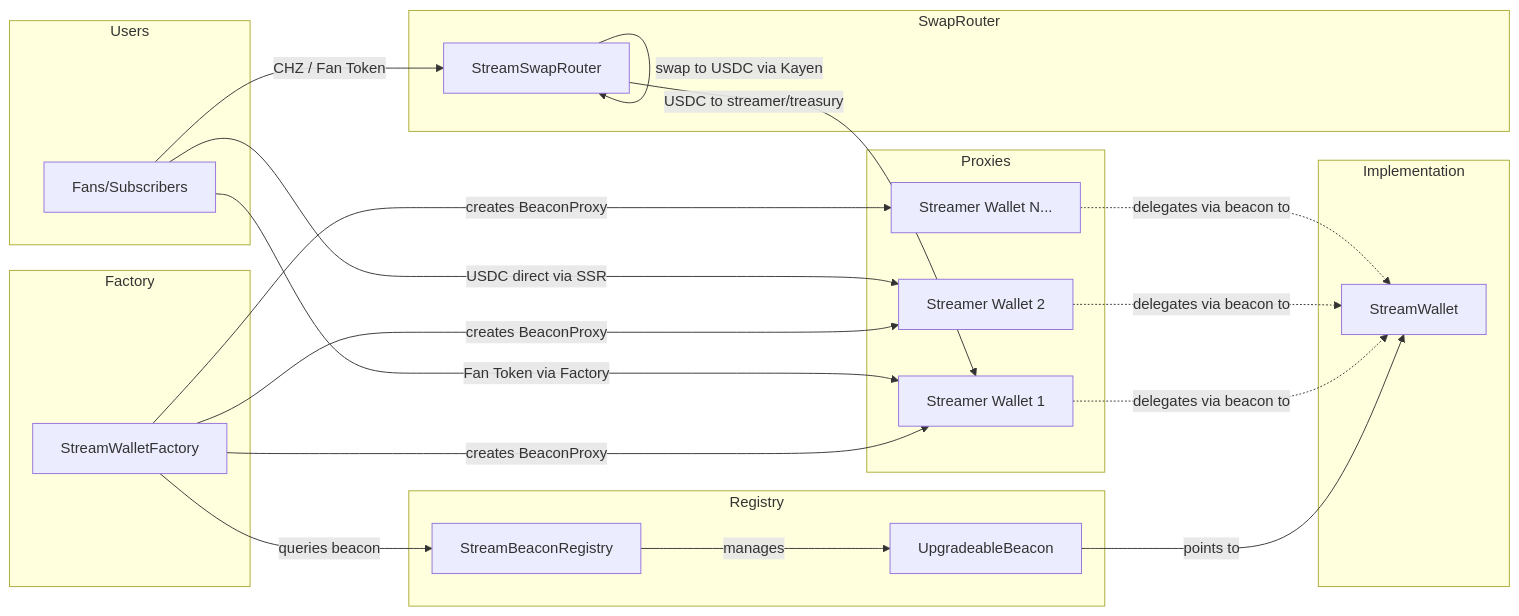
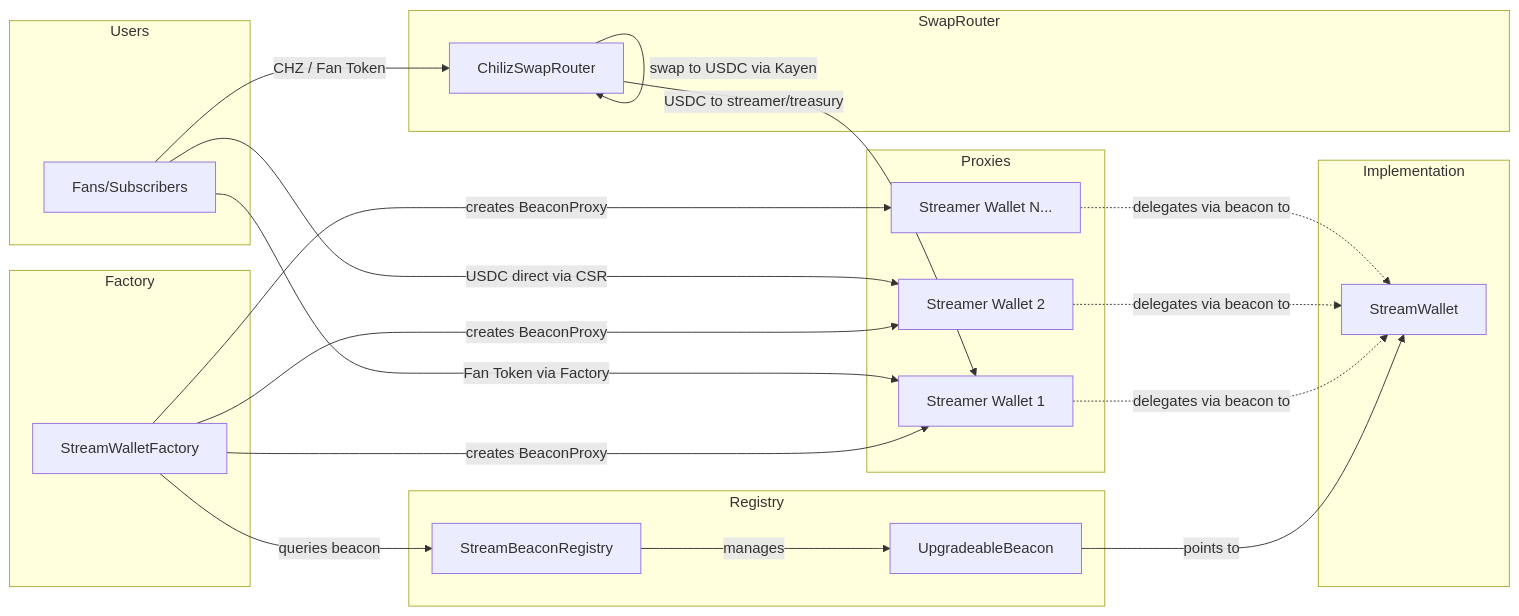
Before and after one commit to ChilizTV/smart-contracts: the second of 2 diagrams in chiliz-tv/README.md, drawn with Mermaid. The commit also changed other lines of this file and 13 other files, not shown here.

````diff
--- a/chiliz-tv/README.md
+++ b/chiliz-tv/README.md
@@ -105,47 +111,47 @@
 ```mermaid
 flowchart LR
     subgraph Registry
         SBR[StreamBeaconRegistry]
         BEACON[UpgradeableBeacon]
     end
     
     subgraph Factory
         SWF[StreamWalletFactory]
     end
     
     subgraph SwapRouter
-        SSR[StreamSwapRouter]
+        CSR[ChilizSwapRouter]
     end
     
     subgraph Implementation
         SW[StreamWallet]
     end
     
     subgraph Proxies
         W1[Streamer Wallet 1]
         W2[Streamer Wallet 2]
         W3[Streamer Wallet N...]
     end
     
     subgraph Users
         FANS[Fans/Subscribers]
     end
     
     SBR -->|manages| BEACON
     BEACON -->|points to| SW
     
     SWF -->|queries beacon| SBR
     SWF -->|creates BeaconProxy| W1
     SWF -->|creates BeaconProxy| W2
     SWF -->|creates BeaconProxy| W3
     
     W1 -.->|delegates via beacon to| SW
     W2 -.->|delegates via beacon to| SW
     W3 -.->|delegates via beacon to| SW
     
-    FANS -->|CHZ / Fan Token| SSR
-    SSR -->|swap to USDC via Kayen| SSR
-    SSR -->|USDC to streamer/treasury| W1
-    FANS -->|USDC direct via SSR| W2
+    FANS -->|CHZ / Fan Token| CSR
+    CSR -->|swap to USDC via Kayen| CSR
+    CSR -->|USDC to streamer/treasury| W1
+    FANS -->|USDC direct via CSR| W2
     FANS -->|Fan Token via Factory| W1
 ```
````
